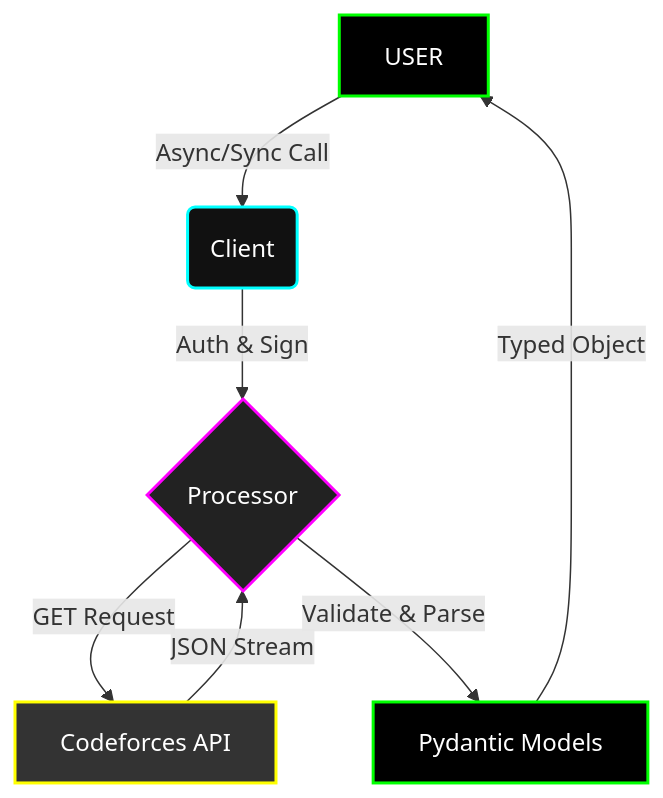
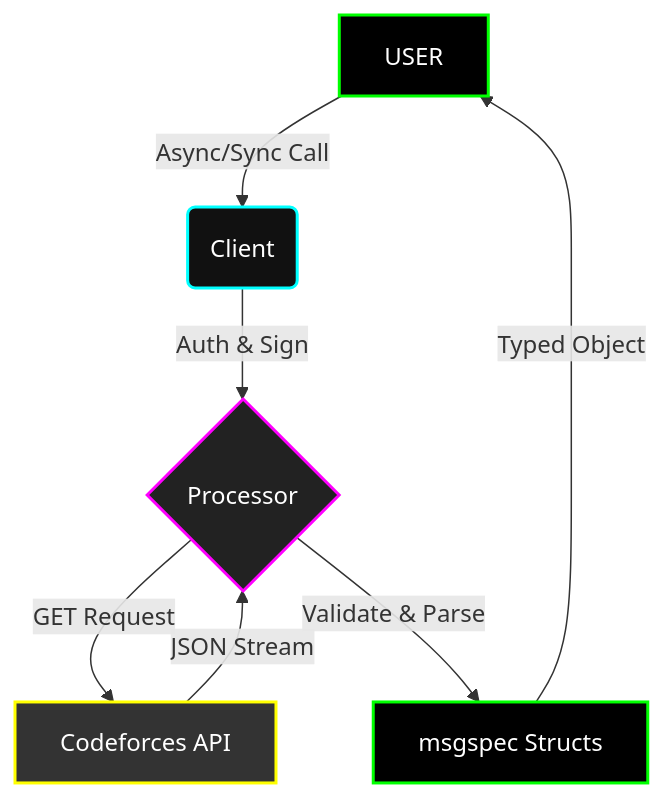
The diagram in README.md (xsyncio/codeforcespy), drawn with Mermaid before and after one commit. The commit also changed 6 other files, not shown here.

````diff
--- a/README.md
+++ b/README.md
@@ -204,15 +204,15 @@
 ```mermaid
 graph TD
     A[USER] -->|Async/Sync Call| B(Client)
     B -->|Auth & Sign| C{Processor}
     C -->|GET Request| D[Codeforces API]
     D -->|JSON Stream| C
-    C -->|Validate & Parse| E[Pydantic Models]
+    C -->|Validate & Parse| E[msgspec Structs]
     E -->|Typed Object| A
     
     style A fill:#000,stroke:#0f0,stroke-width:2px,color:#fff
     style B fill:#111,stroke:#0ff,stroke-width:2px,color:#fff
     style C fill:#222,stroke:#f0f,stroke-width:2px,color:#fff
     style D fill:#333,stroke:#ff0,stroke-width:2px,color:#fff
     style E fill:#000,stroke:#0f0,stroke-width:2px,color:#fff
 ```
````
